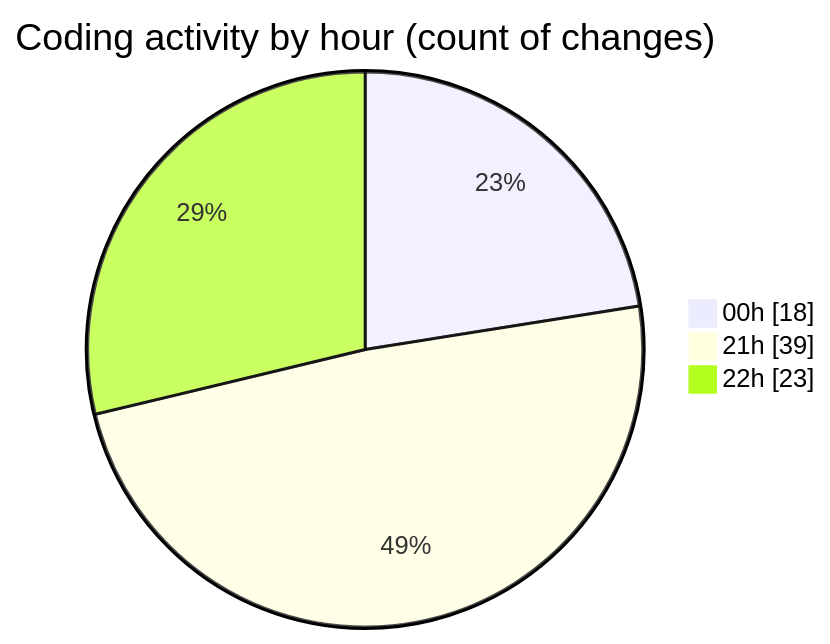
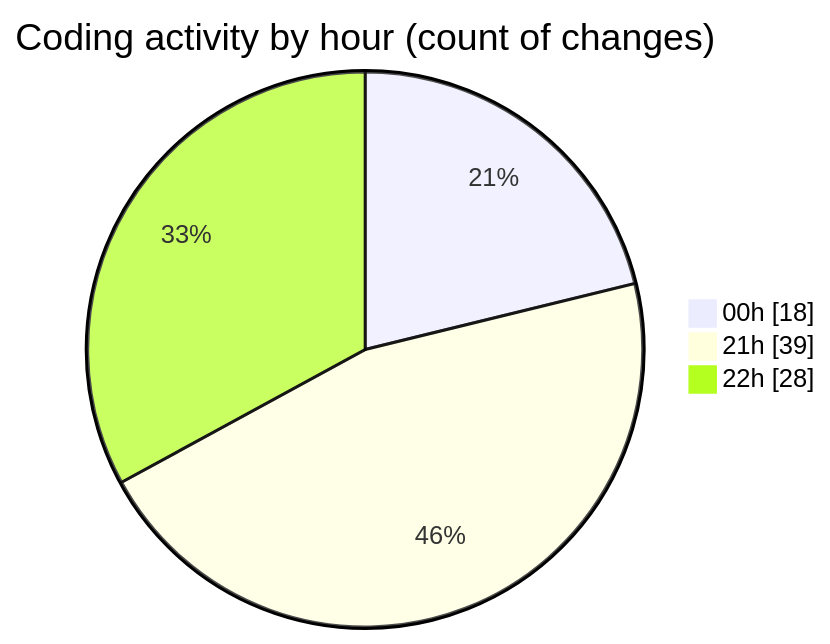
Before and after one commit to Netris89/code-tracking: the second of 2 diagrams in 2025-04-23/echo/README.md, drawn with Mermaid. The commit also changed other lines of this file and 1 other file, not shown here.

````diff
--- a/2025-04-23/echo/README.md
+++ b/2025-04-23/echo/README.md
@@ -32,7 +32,7 @@
 ```mermaid
 pie showData
 title Coding activity by hour (count of changes)
 "00h" : 18
 "21h" : 39
-"22h" : 23
+"22h" : 28
 ```
````
